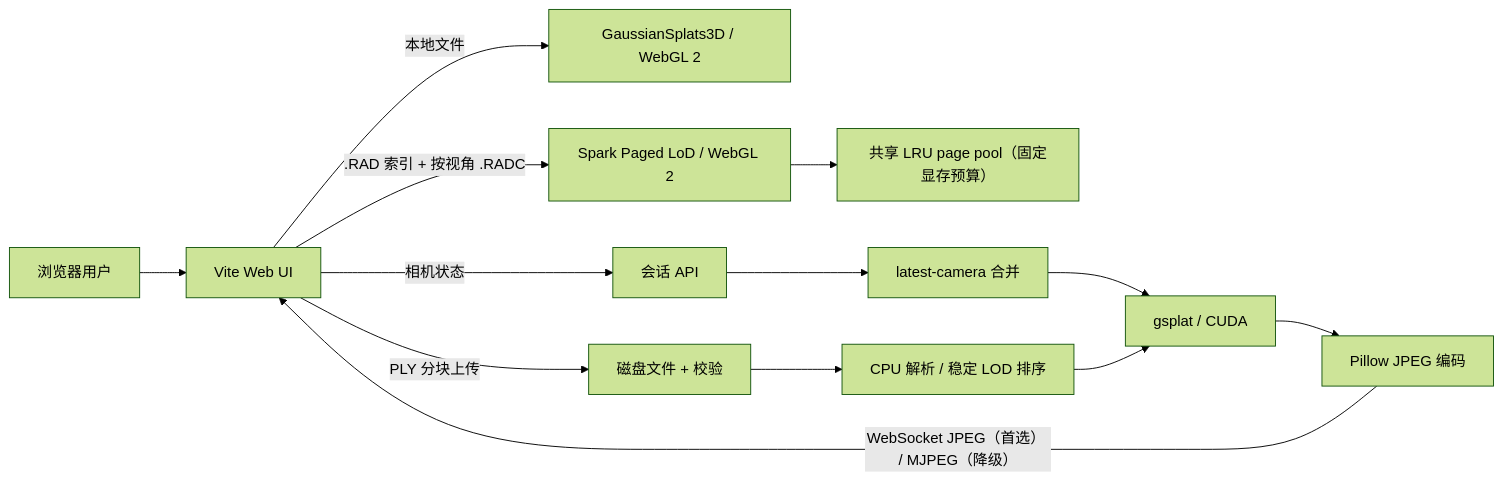
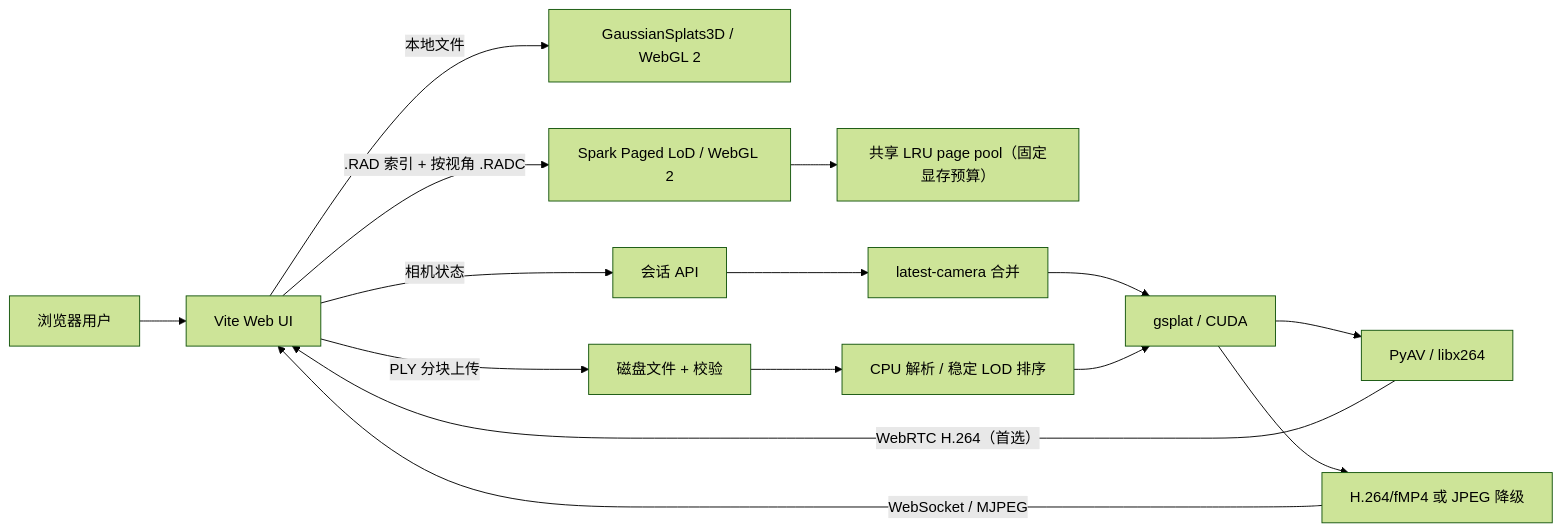
Before and after one commit to prologu/3DRender: the diagram in docs/ARCHITECTURE.md, drawn with Mermaid (forest theme). The commit also changed other lines of this file and 16 other files, not shown here.

Commit message:
Add low-latency WebRTC server streaming

````diff
--- a/docs/ARCHITECTURE.md
+++ b/docs/ARCHITECTURE.md
@@ -5,15 +5,17 @@
 ```mermaid
 flowchart LR
     U["浏览器用户"] --> UI["Vite Web UI"]
     UI -->|"本地文件"| W["GaussianSplats3D / WebGL 2"]
     UI -->|".RAD 索引 + 按视角 .RADC"| L["Spark Paged LoD / WebGL 2"]
     L --> Q["共享 LRU page pool（固定显存预算）"]
     UI -->|"相机状态"| S["会话 API"]
     S --> C["latest-camera 合并"]
     C --> G["gsplat / CUDA"]
-    G --> J["Pillow JPEG 编码"]
-    J -->|"WebSocket JPEG（首选） / MJPEG（降级）"| UI
+    G --> V["PyAV / libx264"]
+    V -->|"WebRTC H.264（首选）"| UI
+    G --> J["H.264/fMP4 或 JPEG 降级"]
+    J -->|"WebSocket / MJPEG"| UI
     UI -->|"PLY 分块上传"| P["磁盘文件 + 校验"]
     P --> M["CPU 解析 / 稳定 LOD 排序"]
     M --> G
 ```
````
